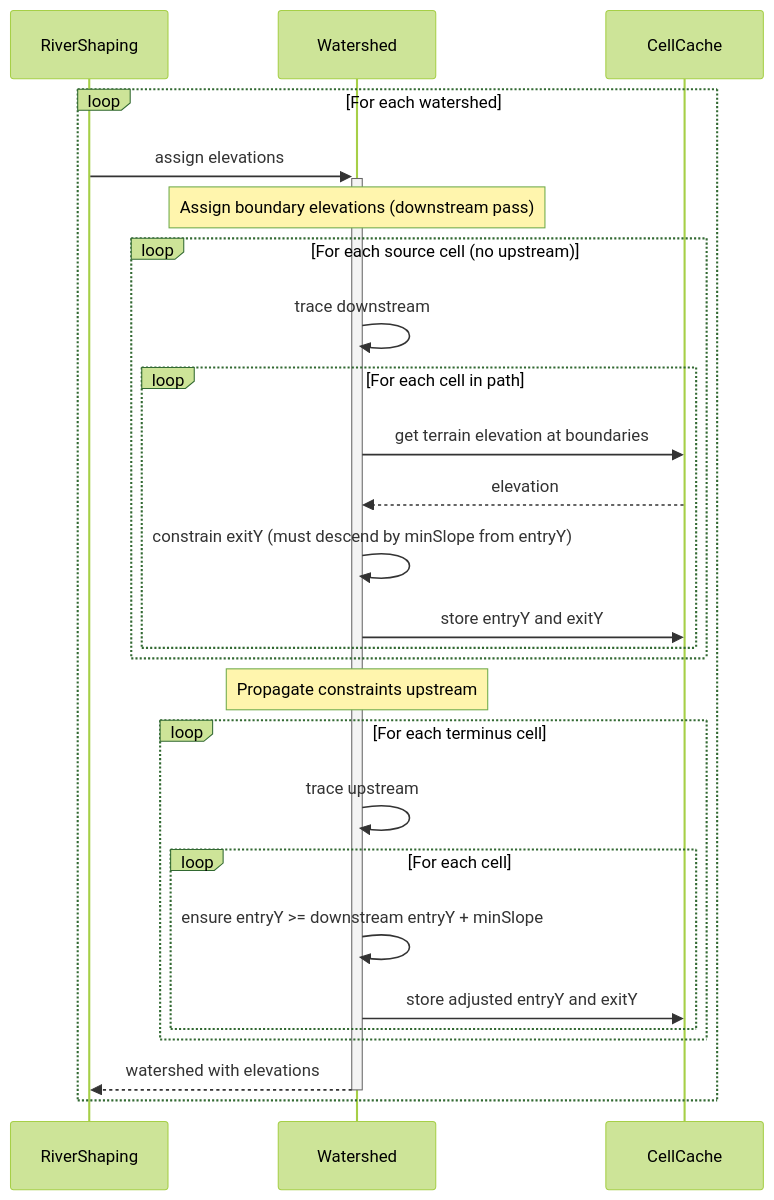
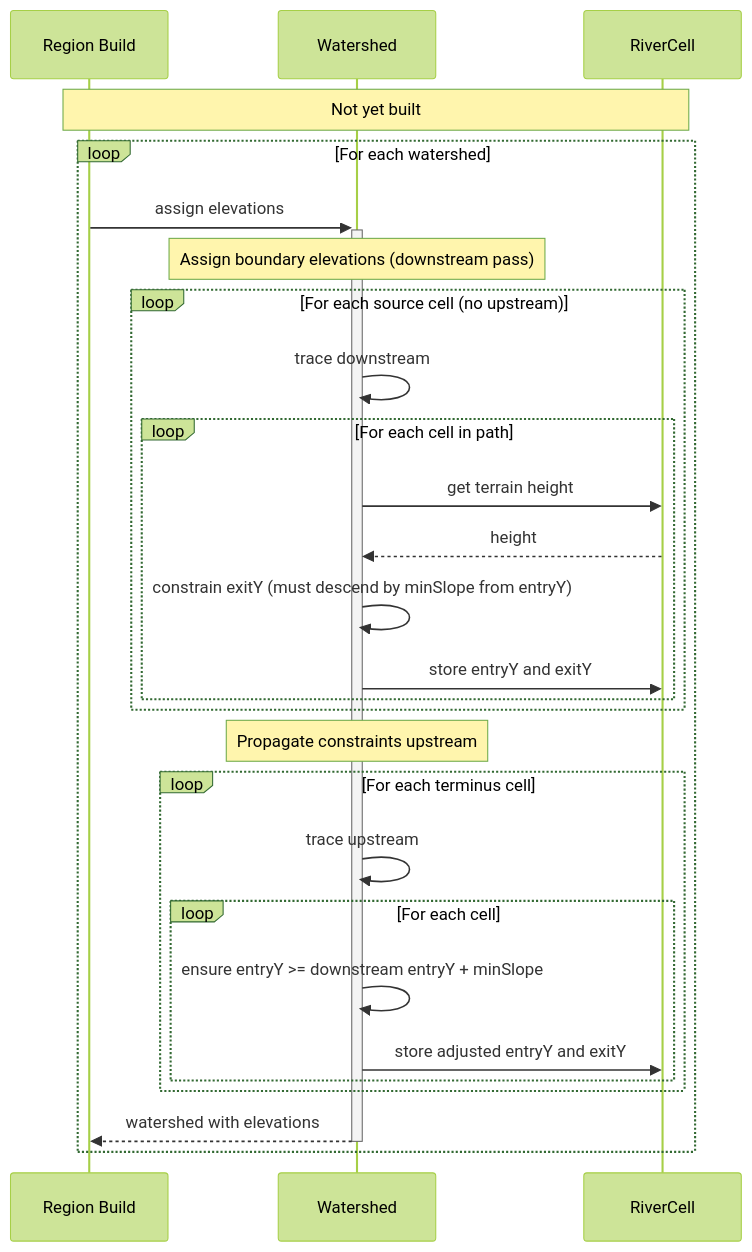
Before and after one commit to SoSly/RiverTale: diagram 16 of 22 in docs/features/rivers/Rough Diagrams.md, drawn with Mermaid (forest theme). The commit also changed other lines of this file and 33 other files, not shown here.

Commit message:
docs: replace stale feature docs with an accurate rough diagrams map

````diff
--- a/docs/features/rivers/Rough Diagrams.md
+++ b/docs/features/rivers/Rough Diagrams.md
@@ -380,32 +510,34 @@
 ```mermaid
 sequenceDiagram
-    participant RiverShaping
+    participant Build as Region Build
     participant Watershed
-    participant CellCache
+    participant RiverCell
+
+    Note over Build,RiverCell: Not yet built
 
     loop For each watershed
-        RiverShaping ->>+ Watershed: assign elevations
+        Build ->>+ Watershed: assign elevations
 
         Note over Watershed: Assign boundary elevations (downstream pass)
         loop For each source cell (no upstream)
             Watershed ->> Watershed: trace downstream
             loop For each cell in path
-                Watershed ->> CellCache: get terrain elevation at boundaries
-                CellCache -->> Watershed: elevation
+                Watershed ->> RiverCell: get terrain height
+                RiverCell -->> Watershed: height
                 Watershed ->> Watershed: constrain exitY (must descend by minSlope from entryY)
-                Watershed ->> CellCache: store entryY and exitY
+                Watershed ->> RiverCell: store entryY and exitY
             end
         end
 
         Note over Watershed: Propagate constraints upstream
         loop For each terminus cell
             Watershed ->> Watershed: trace upstream
             loop For each cell
                 Watershed ->> Watershed: ensure entryY >= downstream entryY + minSlope
-                Watershed ->> CellCache: store adjusted entryY and exitY
+                Watershed ->> RiverCell: store adjusted entryY and exitY
             end
         end
 
-        Watershed -->>- RiverShaping: watershed with elevations
+        Watershed -->>- Build: watershed with elevations
     end
 ```
````
